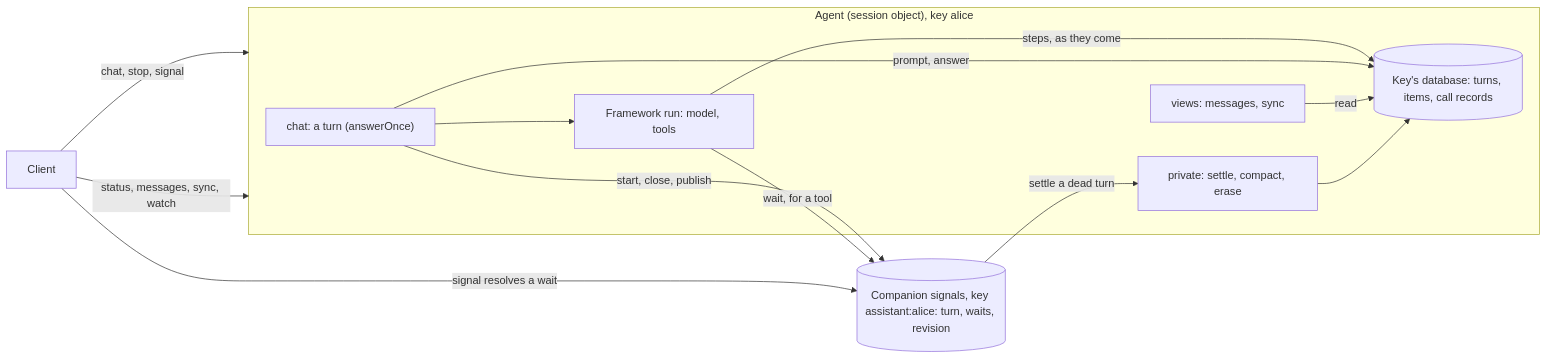
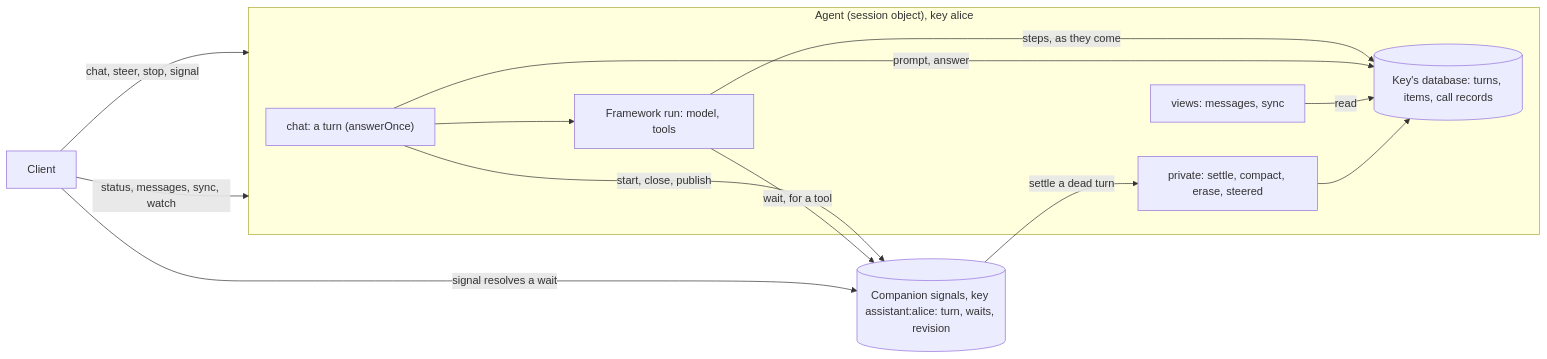
One commit to igalshilman/sdk-sessions changed the diagram in packages/agents/docs/README.md. Above: the diagram before and after it, drawn with Mermaid. The commit also changed other lines of this file and 34 other files, not shown here.

````diff
--- a/packages/agents/docs/README.md
+++ b/packages/agents/docs/README.md
@@ -50,17 +54,17 @@
 ```mermaid
 flowchart LR
-  C[Client] -- "chat, stop, signal" --> A
+  C[Client] -- "chat, steer, stop, signal" --> A
   C -- "status, messages, sync, watch" --> A
   subgraph A["Agent (session object), key alice"]
     H["chat: a turn (answerOnce)"] --> F["Framework run: model, tools"]
     F -- "steps, as they come" --> T
     H -- "prompt, answer" --> T
     T[("Key's database: turns, items, call records")]
     V["views: messages, sync"] -- read --> T
-    X["private: settle, compact, erase"] --> T
+    X["private: settle, compact, erase, steered"] --> T
   end
   H -- "start, close, publish" --> S[("Companion signals, key assistant:alice: turn, waits, revision")]
   F -- "wait, for a tool" --> S
   C -- "signal resolves a wait" --> S
   S -- "settle a dead turn" --> X
 ```
````
